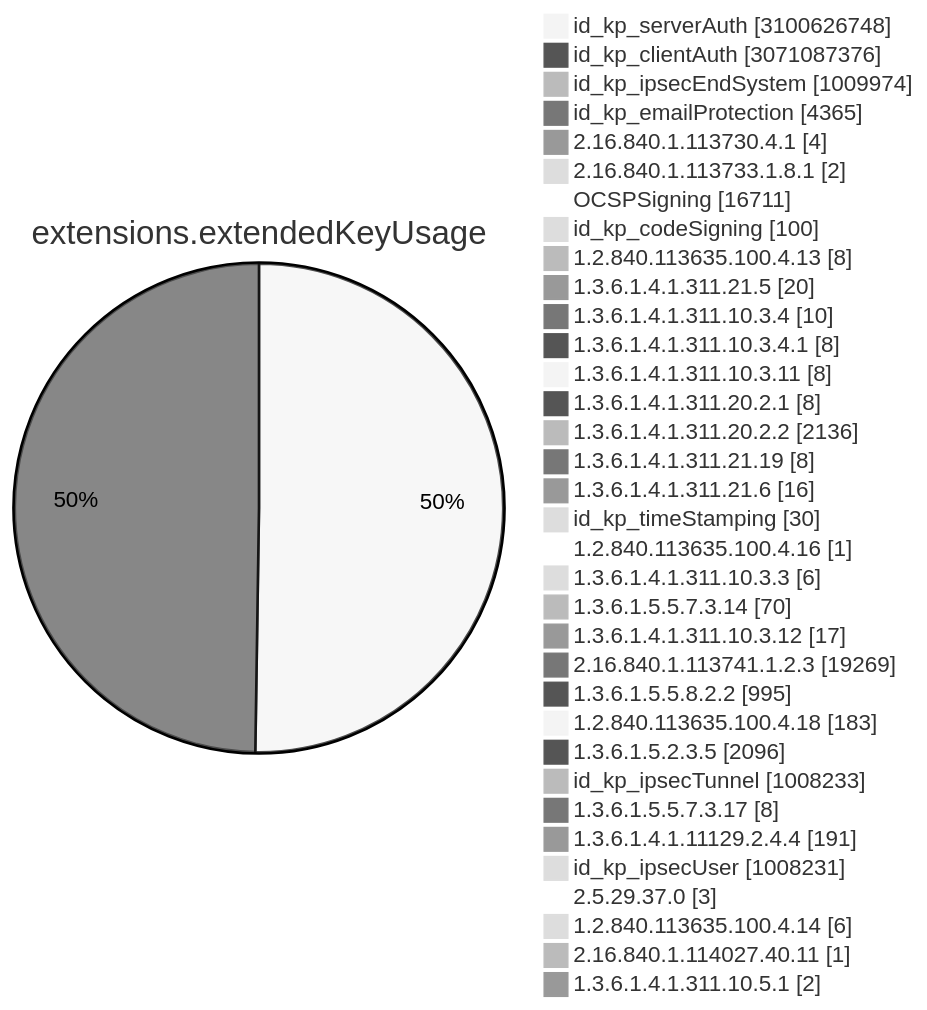
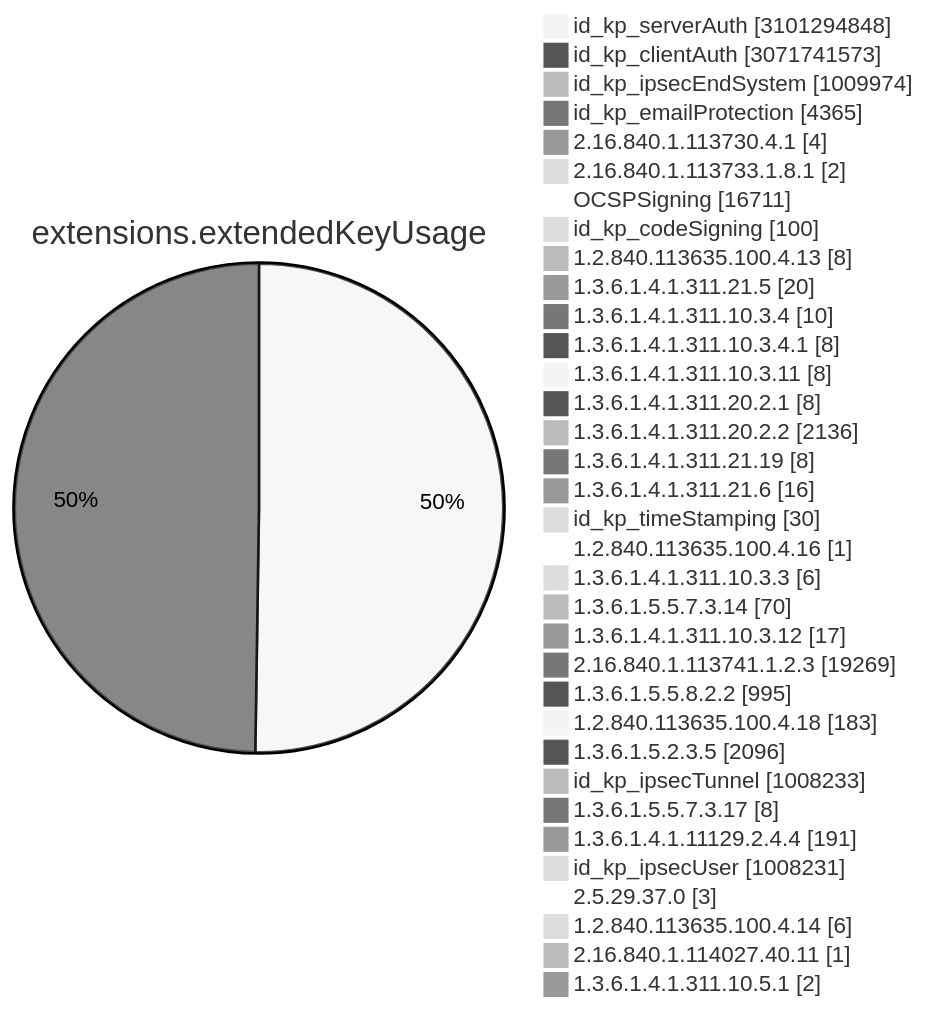
Diagram 11 of 15 in TOTAL/README.md (christiankrug/ctmonitor_visualization), drawn with Mermaid (neutral theme) before and after one commit. The commit also changed other lines of this file, not shown here.

````diff
--- a/TOTAL/README.md
+++ b/TOTAL/README.md
@@ -4117,38 +4117,38 @@
 ```mermaid
 pie showData
 title extensions.extendedKeyUsage
-"id_kp_serverAuth" :3100626748
-"id_kp_clientAuth" :3071087376
+"id_kp_serverAuth" :3101294848
+"id_kp_clientAuth" :3071741573
 "id_kp_ipsecEndSystem" :1009974
 "id_kp_emailProtection" :4365
 "2.16.840.1.113730.4.1" :4
 "2.16.840.1.113733.1.8.1" :2
 "OCSPSigning" :16711
 "id_kp_codeSigning" :100
 "1.2.840.113635.100.4.13" :8
 "1.3.6.1.4.1.311.21.5" :20
 "1.3.6.1.4.1.311.10.3.4" :10
 "1.3.6.1.4.1.311.10.3.4.1" :8
 "1.3.6.1.4.1.311.10.3.11" :8
 "1.3.6.1.4.1.311.20.2.1" :8
 "1.3.6.1.4.1.311.20.2.2" :2136
 "1.3.6.1.4.1.311.21.19" :8
 "1.3.6.1.4.1.311.21.6" :16
 "id_kp_timeStamping" :30
 "1.2.840.113635.100.4.16" :1
 "1.3.6.1.4.1.311.10.3.3" :6
 "1.3.6.1.5.5.7.3.14" :70
 "1.3.6.1.4.1.311.10.3.12" :17
 "2.16.840.1.113741.1.2.3" :19269
 "1.3.6.1.5.5.8.2.2" :995
 "1.2.840.113635.100.4.18" :183
 "1.3.6.1.5.2.3.5" :2096
 "id_kp_ipsecTunnel" :1008233
 "1.3.6.1.5.5.7.3.17" :8
 "1.3.6.1.4.1.11129.2.4.4" :191
 "id_kp_ipsecUser" :1008231
 "2.5.29.37.0" :3
 "1.2.840.113635.100.4.14" :6
 "2.16.840.1.114027.40.11" :1
 "1.3.6.1.4.1.311.10.5.1" :2
 ```
````
